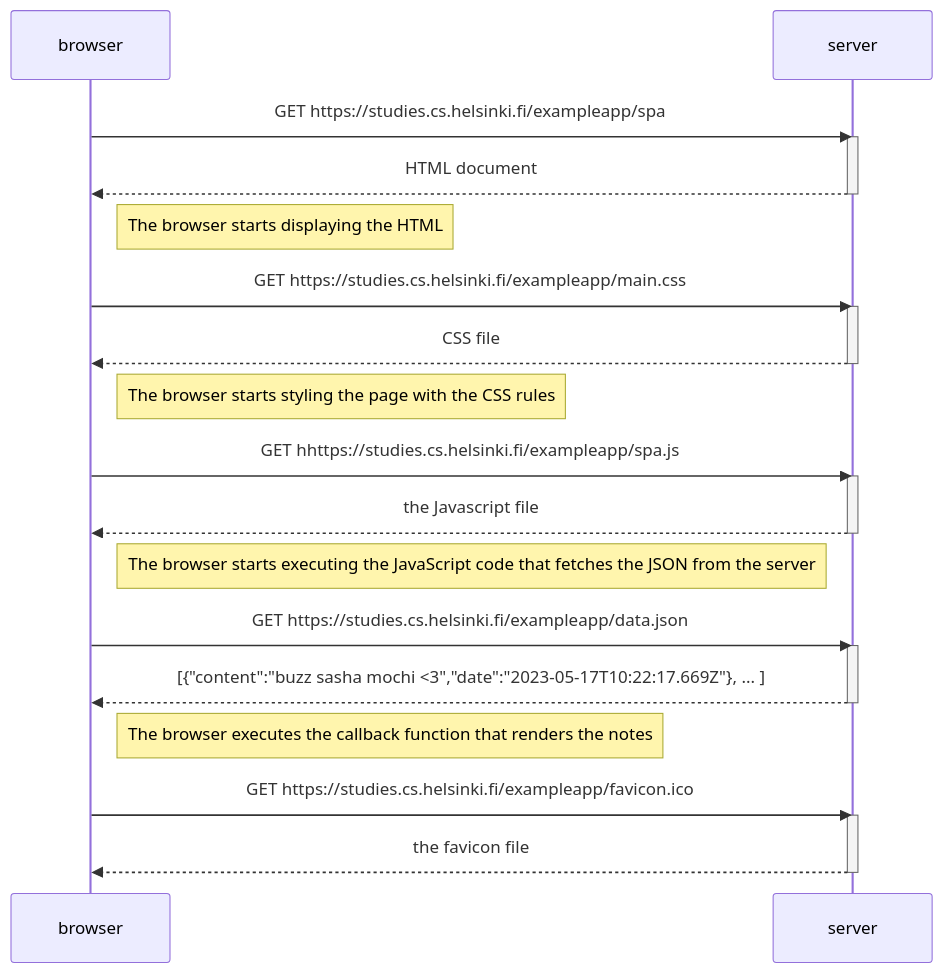
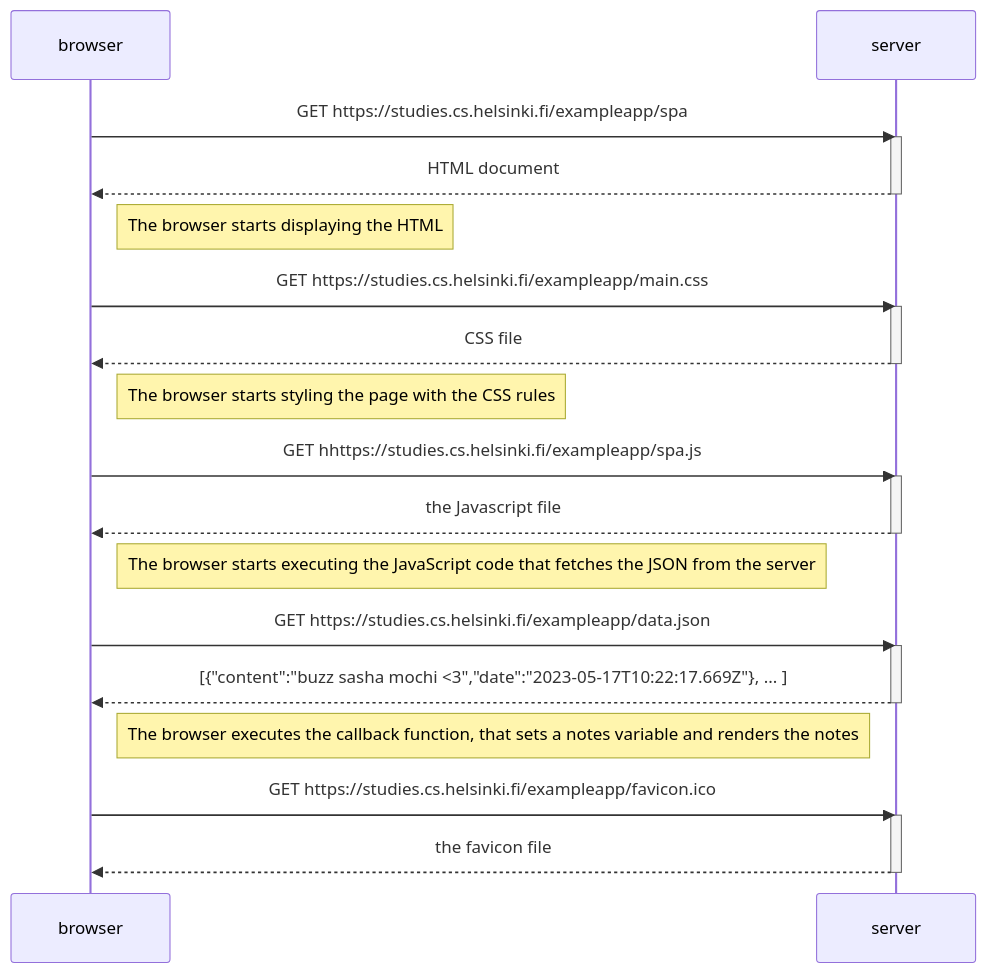
The diagram in part0/exercise_0_5.md (JAlblas/fullstackopen), drawn with Mermaid before and after one commit. The commit also changed 1 other file, not shown here.

Commit message:
Exercise 6 done

````diff
--- a/part0/exercise_0_5.md
+++ b/part0/exercise_0_5.md
@@ -6,39 +6,39 @@
 ```mermaid
     sequenceDiagram
         participant browser
         participant server
 
         browser->>server: GET https://studies.cs.helsinki.fi/exampleapp/spa
         activate server
         server-->>browser: HTML document
         deactivate server
 
         Note right of browser: The browser starts displaying the HTML
 
         browser->>server: GET https://studies.cs.helsinki.fi/exampleapp/main.css
         activate server
         server-->>browser: CSS file
         deactivate server
 
         Note right of browser: The browser starts styling the page with the CSS rules
 
 
         browser->>server: GET hhttps://studies.cs.helsinki.fi/exampleapp/spa.js
         activate server
         server-->>browser: the Javascript  file
         deactivate server
 
         Note right of browser: The browser starts executing the JavaScript code that fetches the JSON from the server
 
         browser->>server: GET https://studies.cs.helsinki.fi/exampleapp/data.json
         activate server
         server-->>browser: [{"content":"buzz sasha mochi <3","date":"2023-05-17T10:22:17.669Z"}, ... ]
         deactivate server
 
-        Note right of browser: The browser executes the callback function that renders the notes
+        Note right of browser: The browser executes the callback function, that sets a notes variable and renders the notes
 
         browser->>server: GET https://studies.cs.helsinki.fi/exampleapp/favicon.ico
         activate server
         server-->>browser: the favicon file
         deactivate server
 ```
````
